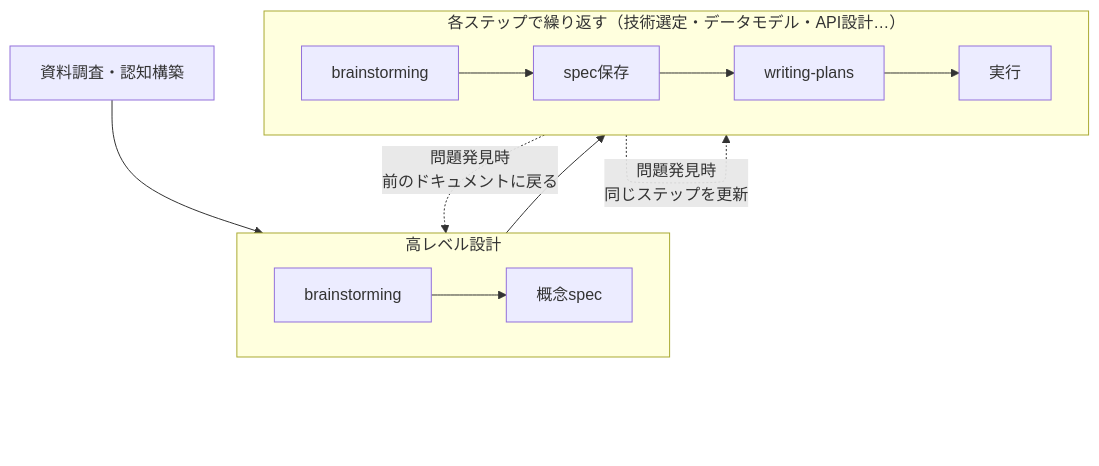
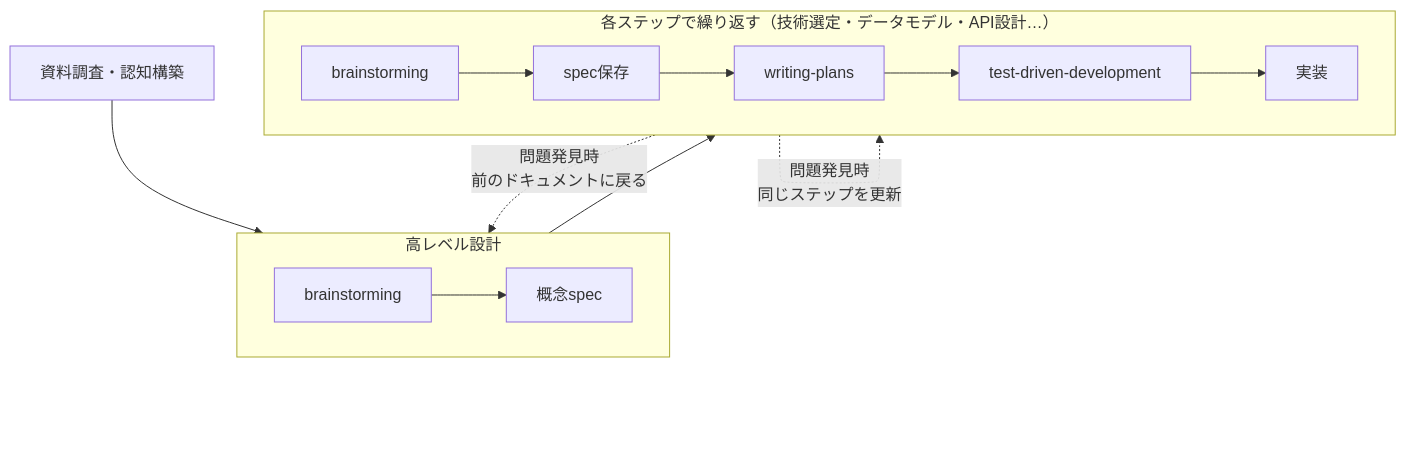
The third of 3 diagrams in AI/Superpowers Skills 紹介.md (skywalker1991/presentation), drawn with Mermaid before and after one commit.

Commit message:
Update Superpowers Skills introduction

````diff
--- a/AI/Superpowers Skills 紹介.md
+++ b/AI/Superpowers Skills 紹介.md
@@ -36,18 +36,18 @@
 ```mermaid
 flowchart TD
     R["資料調査・認知構築"]
     R --> H
 
     subgraph H ["高レベル設計"]
         H1["brainstorming"] --> H2["概念spec"]
     end
 
     H --> T
 
     subgraph T ["各ステップで繰り返す（技術選定・データモデル・API設計…）"]
-        L1["brainstorming"] --> L2["spec保存"] --> L3["writing-plans"] --> L4["実行"]
+        L1["brainstorming"] --> L2["spec保存"] --> L3["writing-plans"] --> L4["test-driven-development"] --> L5["実装"]
     end
 
     T -. "問題発見時\n前のドキュメントに戻る" .-> H
     T -. "問題発見時\n同じステップを更新" .-> T
 ```
````
